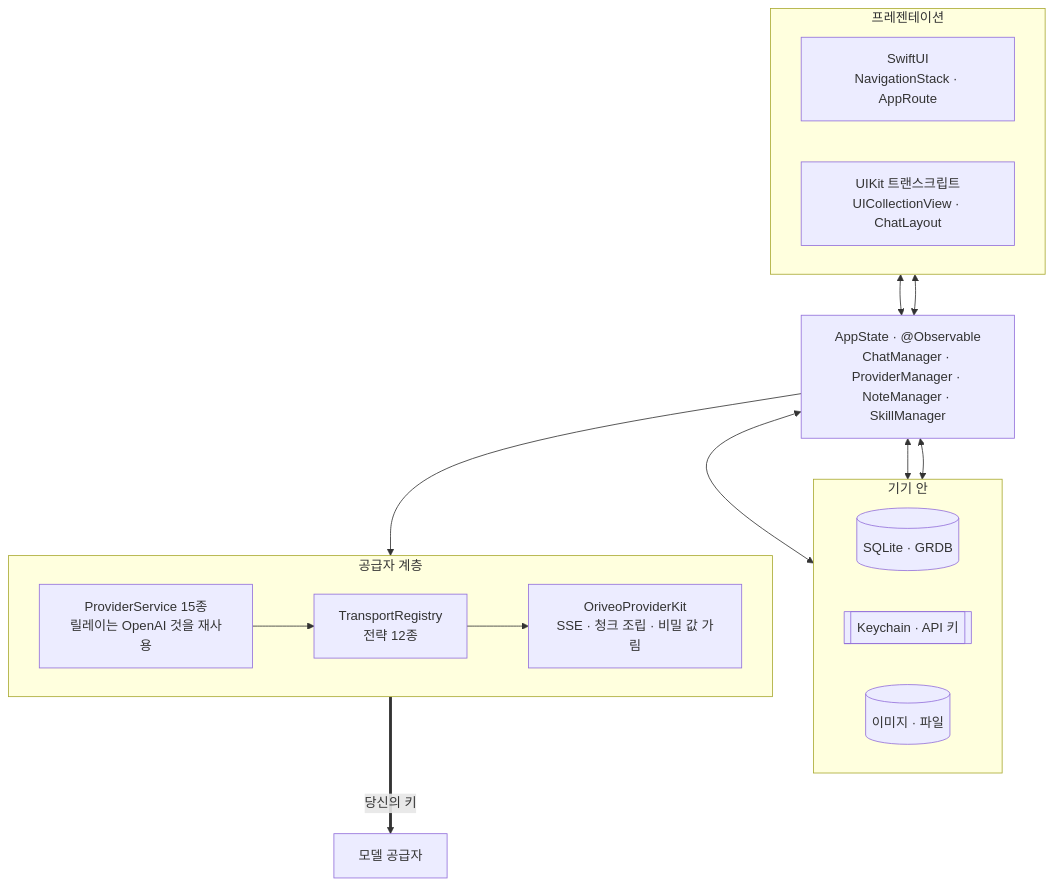
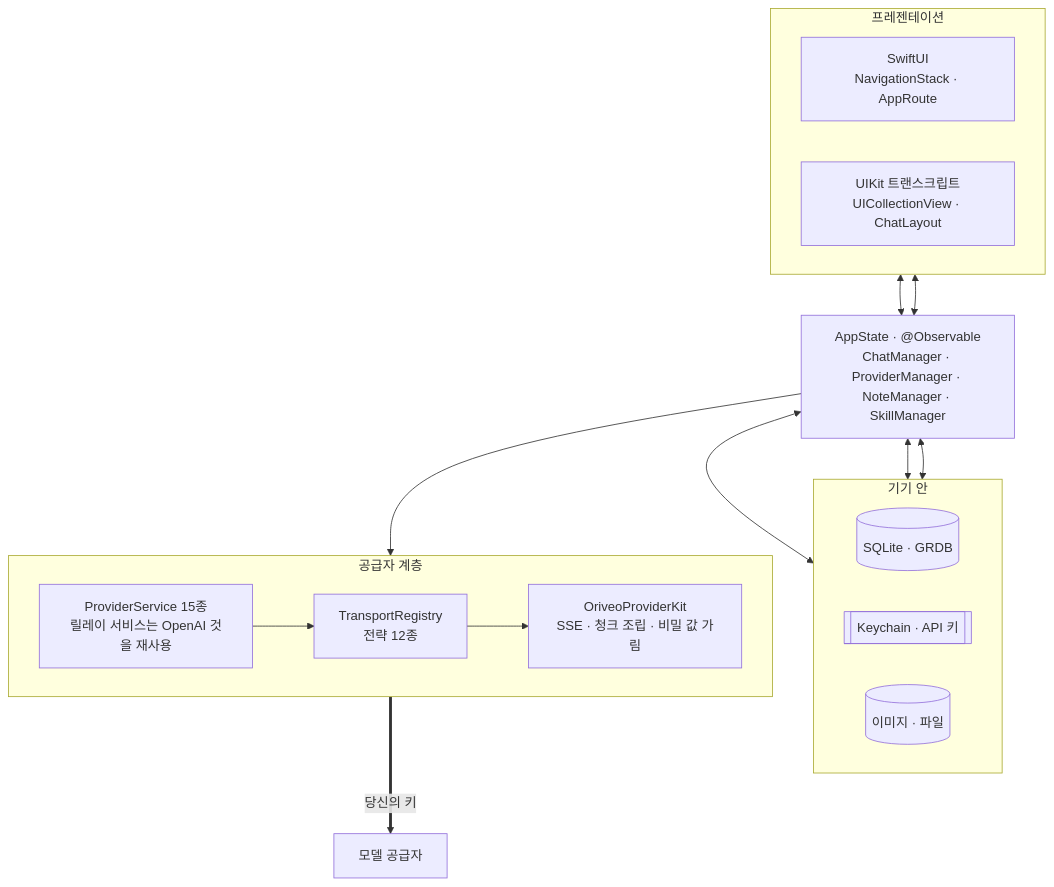
One commit to oriveo/oriveo changed the first of 2 diagrams in readme_i18n/ko/ios.md. Above: the diagram before and after it, drawn with Mermaid. The commit also changed other lines of this file and 89 other files, not shown here.

````diff
--- a/readme_i18n/ko/ios.md
+++ b/readme_i18n/ko/ios.md
@@ -51,30 +51,30 @@
 ```mermaid
 flowchart TB
     subgraph ui ["프레젠테이션"]
         direction LR
         swiftui["SwiftUI<br/>NavigationStack · AppRoute"]
         uikit["UIKit 트랜스크립트<br/>UICollectionView · ChatLayout"]
     end
 
     appstate["AppState · @Observable<br/>ChatManager · ProviderManager · NoteManager · SkillManager"]
 
     subgraph store ["기기 안"]
         direction LR
         grdb[("SQLite · GRDB")]
         keychain[["Keychain · API 키"]]
         files[("이미지 · 파일")]
     end
 
     subgraph provider ["공급자 계층"]
         direction LR
-        services["ProviderService 15종<br/>릴레이는 OpenAI 것을 재사용"]
+        services["ProviderService 15종<br/>릴레이 서비스는 OpenAI 것을 재사용"]
         transports["TransportRegistry<br/>전략 12종"]
         kit["OriveoProviderKit<br/>SSE · 청크 조립 · 비밀 값 가림"]
     end
 
     swiftui & uikit <--> appstate
     appstate <--> grdb & keychain & files
     appstate --> services
     services --> transports --> kit
     kit ==>|"당신의 키"| up["모델 공급자"]
 ```
````
